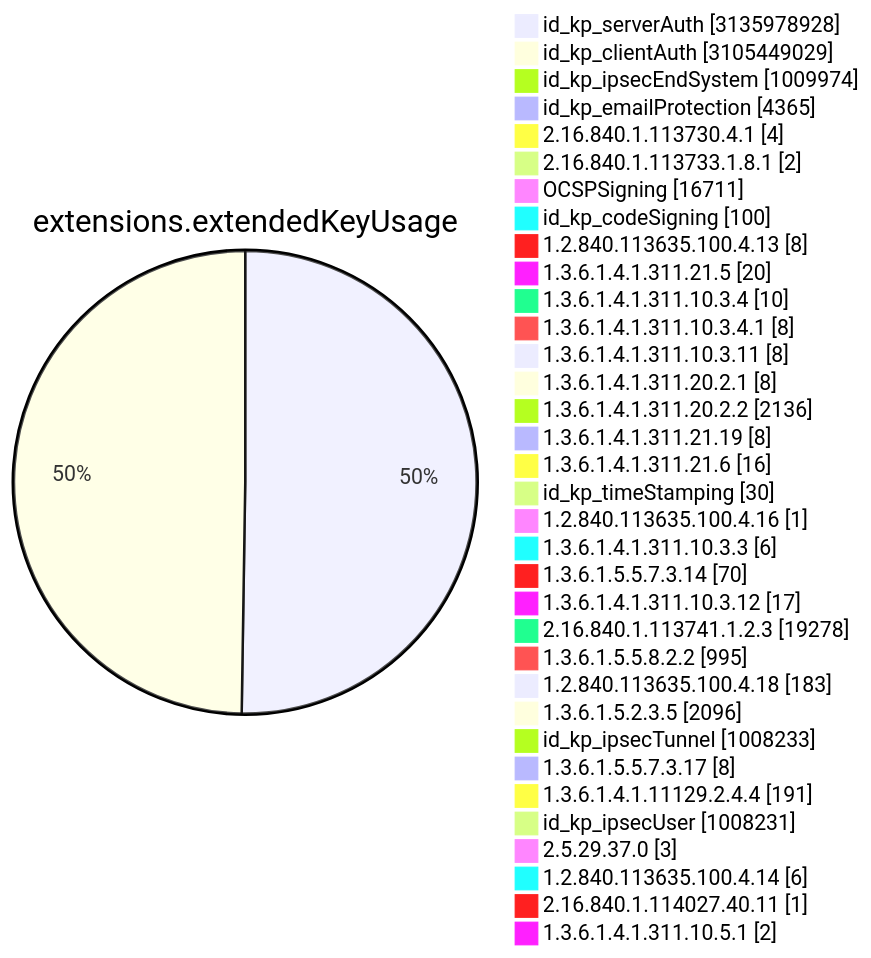
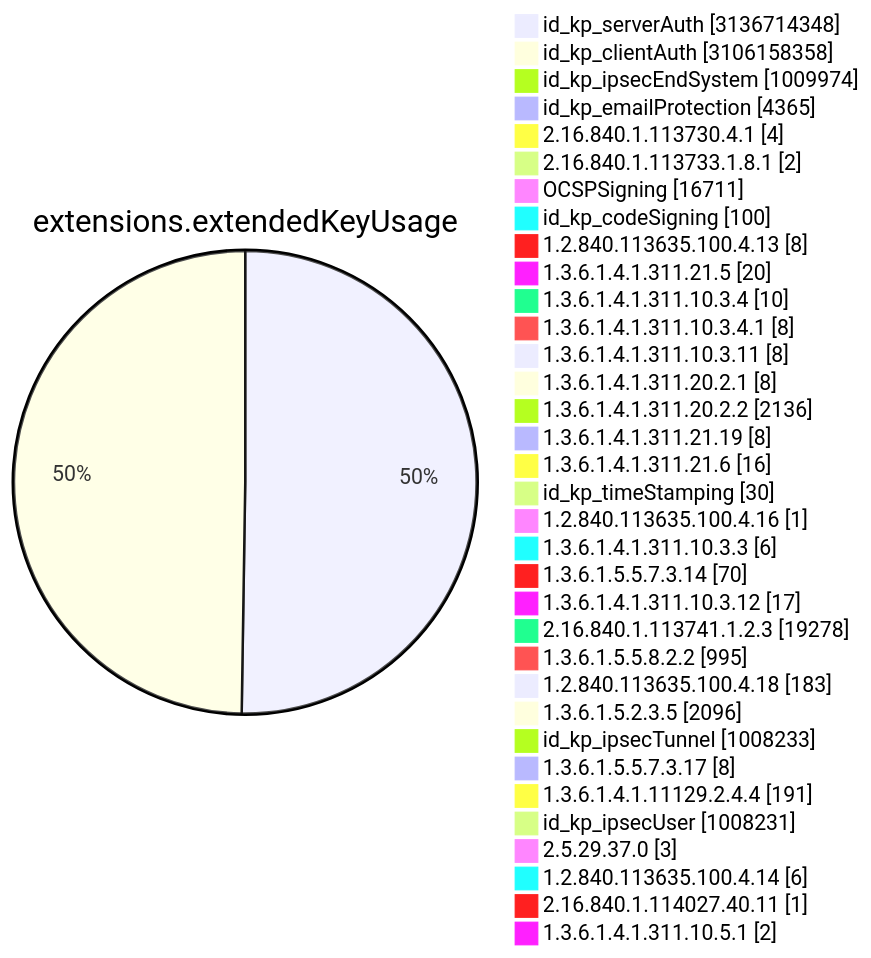
Diagram 11 of 15 in TOTAL/README.md (christiankrug/ctmonitor_visualization), drawn with Mermaid before and after one commit. The commit also changed other lines of this file, not shown here.

````diff
--- a/TOTAL/README.md
+++ b/TOTAL/README.md
@@ -4117,38 +4117,38 @@
 ```mermaid
 pie showData
 title extensions.extendedKeyUsage
-"id_kp_serverAuth" :3135978928
-"id_kp_clientAuth" :3105449029
+"id_kp_serverAuth" :3136714348
+"id_kp_clientAuth" :3106158358
 "id_kp_ipsecEndSystem" :1009974
 "id_kp_emailProtection" :4365
 "2.16.840.1.113730.4.1" :4
 "2.16.840.1.113733.1.8.1" :2
 "OCSPSigning" :16711
 "id_kp_codeSigning" :100
 "1.2.840.113635.100.4.13" :8
 "1.3.6.1.4.1.311.21.5" :20
 "1.3.6.1.4.1.311.10.3.4" :10
 "1.3.6.1.4.1.311.10.3.4.1" :8
 "1.3.6.1.4.1.311.10.3.11" :8
 "1.3.6.1.4.1.311.20.2.1" :8
 "1.3.6.1.4.1.311.20.2.2" :2136
 "1.3.6.1.4.1.311.21.19" :8
 "1.3.6.1.4.1.311.21.6" :16
 "id_kp_timeStamping" :30
 "1.2.840.113635.100.4.16" :1
 "1.3.6.1.4.1.311.10.3.3" :6
 "1.3.6.1.5.5.7.3.14" :70
 "1.3.6.1.4.1.311.10.3.12" :17
 "2.16.840.1.113741.1.2.3" :19278
 "1.3.6.1.5.5.8.2.2" :995
 "1.2.840.113635.100.4.18" :183
 "1.3.6.1.5.2.3.5" :2096
 "id_kp_ipsecTunnel" :1008233
 "1.3.6.1.5.5.7.3.17" :8
 "1.3.6.1.4.1.11129.2.4.4" :191
 "id_kp_ipsecUser" :1008231
 "2.5.29.37.0" :3
 "1.2.840.113635.100.4.14" :6
 "2.16.840.1.114027.40.11" :1
 "1.3.6.1.4.1.311.10.5.1" :2
 ```
````
